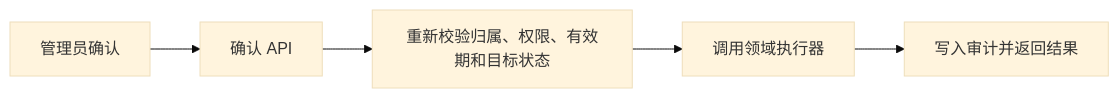
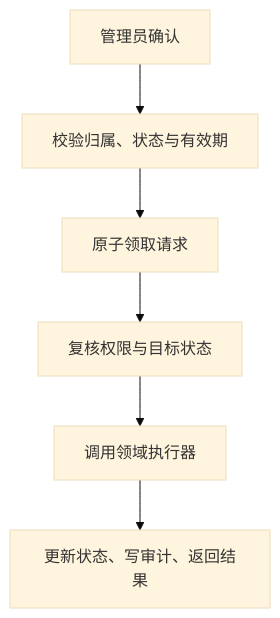
Before and after one commit to OSpoon/api-starter-kit: the second of 2 diagrams in README.md, drawn with Mermaid (base theme). The commit also changed other lines of this file, not shown here.

````diff
--- a/README.md
+++ b/README.md
@@ -289,7 +289,8 @@
 ```mermaid
-flowchart LR
-  A["管理员确认"] --> B["确认 API"]
-  B --> C["重新校验归属、权限、有效期和目标状态"]
-  C --> D["调用领域执行器"]
-  D --> E["写入审计并返回结果"]
+flowchart TB
+  A["管理员确认"] --> B["校验归属、状态与有效期"]
+  B --> C["原子领取请求"]
+  C --> D["复核权限与目标状态"]
+  D --> E["调用领域执行器"]
+  E --> F["更新状态、写审计、返回结果"]
 ```
````
